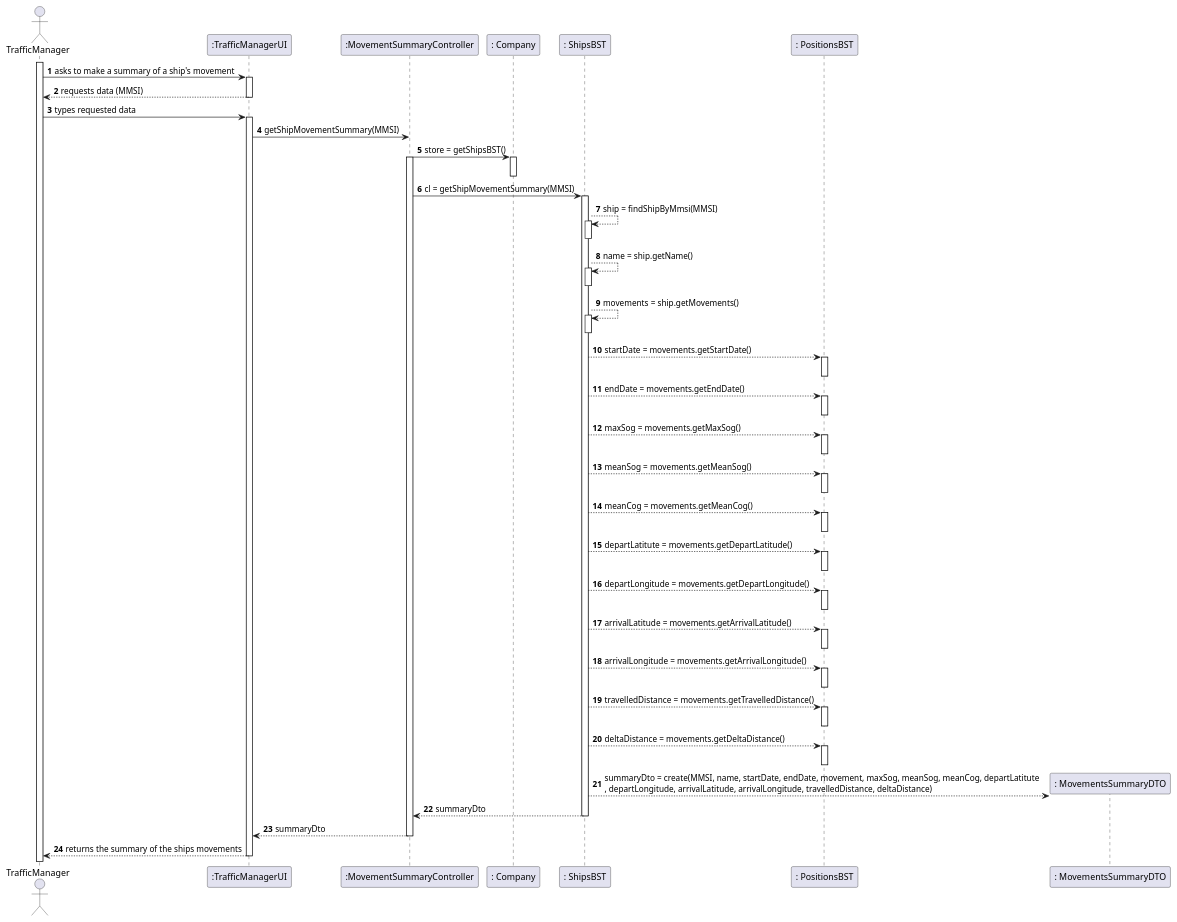
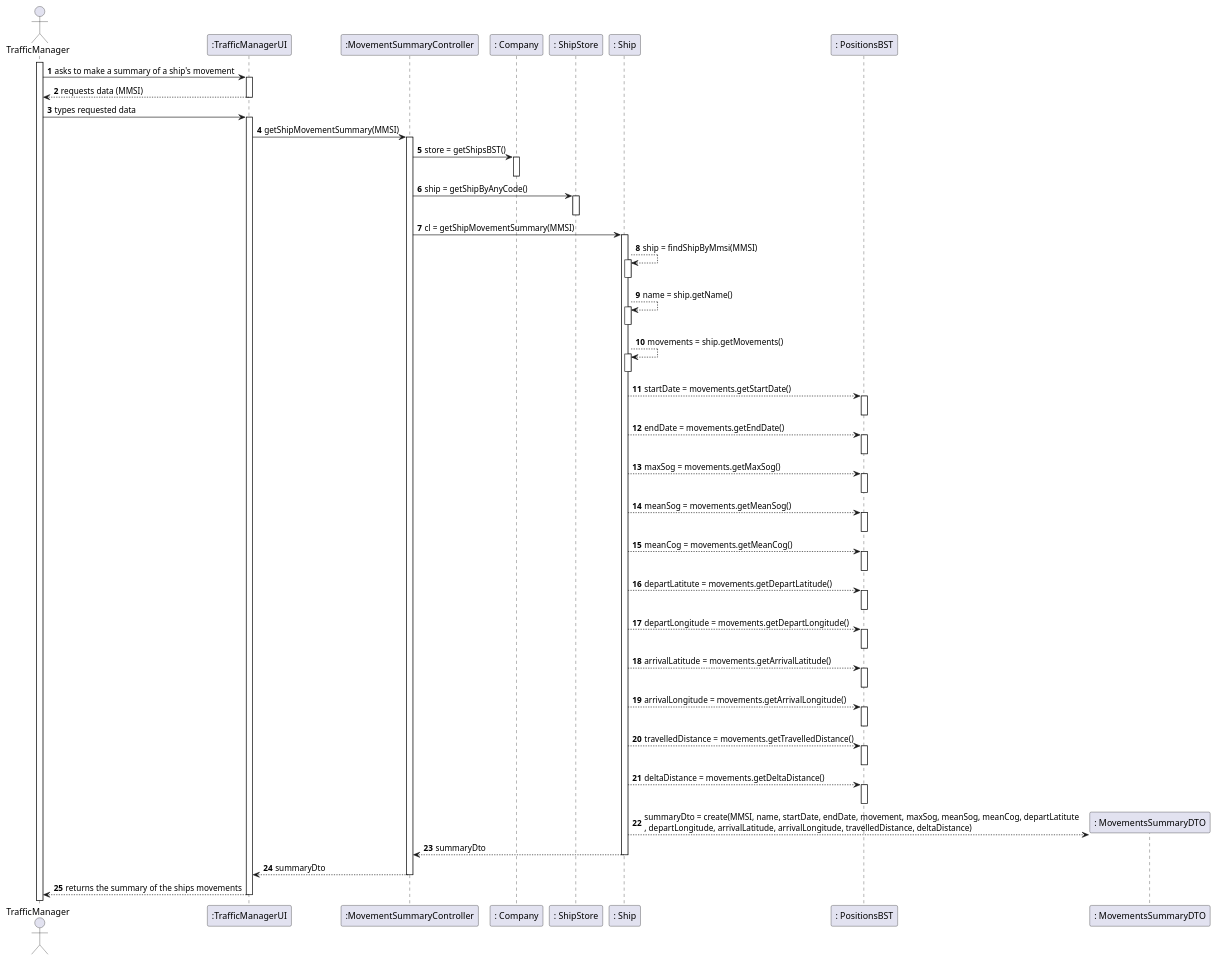
Before and after one commit to ana-albergaria/LAPR3-ISEP: the diagram in docs/US104/SD_104.puml, drawn with PlantUML. The commit also changed 6 other files, not shown here.

```diff
--- a/docs/US104/SD_104.puml
+++ b/docs/US104/SD_104.puml
@@ -1,86 +1,89 @@
 @startuml
 autonumber
 'hide footbox
 actor "TrafficManager" as RC
 
 participant ":TrafficManagerUI" as UI
 participant ":MovementSummaryController" as CTRL
 participant ": Company" as CP
-participant ": ShipsBST" as CS
+participant ": ShipStore" as SP
+participant ": Ship" as CS
 participant ": PositionsBST" as PB
 participant ": MovementsSummaryDTO" as CL
 
 
 activate RC
 RC -> UI : asks to make a summary of a ship's movement
 activate UI
 UI --> RC : requests data (MMSI)
 deactivate UI
 
 RC -> UI : types requested data
 activate UI
 
 UI -> CTRL : getShipMovementSummary(MMSI)
-
+activate CTRL
 CTRL -> CP : store = getShipsBST()
 activate CP
 deactivate CP
-activate CTRL
+CTRL -> SP : ship = getShipByAnyCode()
+activate SP
+deactivate SP
 CTRL -> CS : cl = getShipMovementSummary(MMSI)
 activate CS
 CS --> CS : ship = findShipByMmsi(MMSI)
 activate CS
 deactivate CS
 CS --> CS : name = ship.getName()
 activate CS
 deactivate CS
 CS --> CS : movements = ship.getMovements()
 activate CS
 deactivate CS
 CS --> PB : startDate = movements.getStartDate()
 activate PB
 deactivate PB
 CS --> PB : endDate = movements.getEndDate()
 activate PB
 deactivate PB
 CS --> PB : maxSog = movements.getMaxSog()
 activate PB
 deactivate PB
 CS --> PB : meanSog = movements.getMeanSog()
 activate PB
 deactivate PB
 CS --> PB : meanCog = movements.getMeanCog()
 activate PB
 deactivate PB
 CS --> PB : departLatitute = movements.getDepartLatitude()
 activate PB
 deactivate PB
 CS --> PB : departLongitude = movements.getDepartLongitude()
 activate PB
 deactivate PB
 CS --> PB : arrivalLatitude = movements.getArrivalLatitude()
 activate PB
 deactivate PB
 CS --> PB : arrivalLongitude = movements.getArrivalLongitude()
 activate PB
 deactivate PB
 CS --> PB : travelledDistance = movements.getTravelledDistance()
 activate PB
 deactivate PB
 CS --> PB : deltaDistance = movements.getDeltaDistance()
 activate PB
 deactivate PB
 
 CS -->  CL** : summaryDto = create(MMSI, name, startDate, endDate, movement, maxSog, meanSog, meanCog, departLatitute\n, departLongitude, arrivalLatitude, arrivalLongitude, travelledDistance, deltaDistance)
 deactivate CL
 CS --> CTRL : summaryDto
 deactivate CS
 CTRL --> UI : summaryDto
 deactivate CTRL
 
 UI --> RC : returns the summary of the ships movements
 deactivate CS
 deactivate UI
 
 
 @enduml
```
